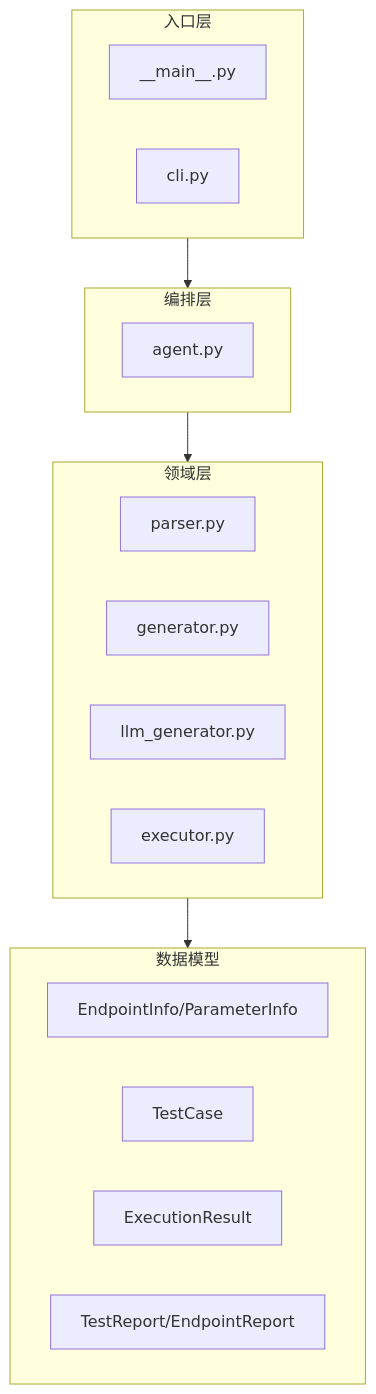
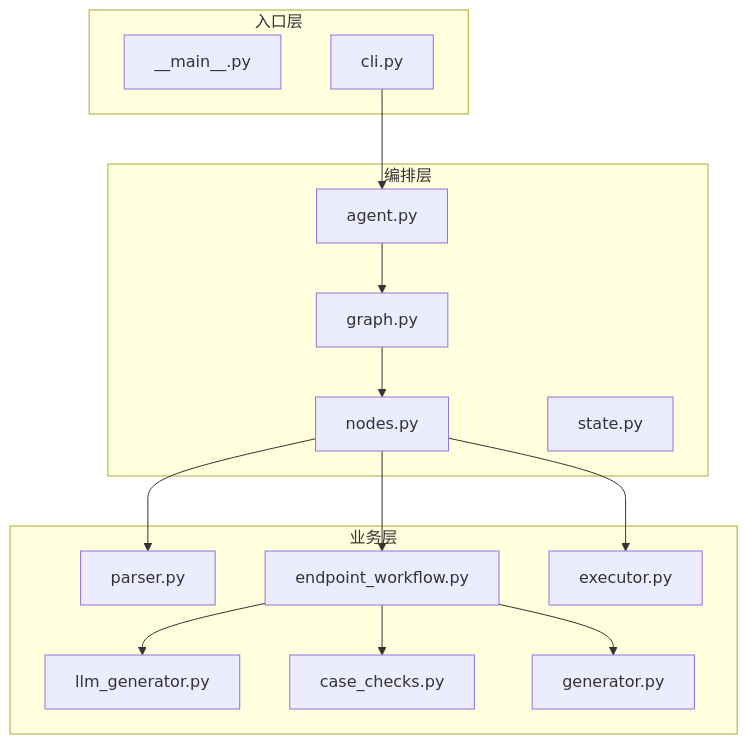
The first of 2 diagrams in docs/agent-review-and-design.md (yyz127/Apiauto-agent), drawn with Mermaid before and after one commit. The commit also changed other lines of this file and 15 other files, not shown here.

Commit message:
Add graph codex updates

````diff
--- a/docs/agent-review-and-design.md
+++ b/docs/agent-review-and-design.md
@@ -39,29 +34,33 @@
 ```mermaid
 flowchart TB
     subgraph Entry[入口层]
-      C1[__main__.py]
-      C2[cli.py]
+        MAIN[__main__.py]
+        CLI[cli.py]
     end
 
     subgraph Orchestration[编排层]
-      A1[agent.py]
+        AGENT[agent.py]
+        GRAPH[graph.py]
+        NODES[nodes.py]
+        STATE[state.py]
     end
 
-    subgraph Domain[领域层]
-      D1[parser.py]
-      D2[generator.py]
-      D3[llm_generator.py]
-      D4[executor.py]
+    subgraph Domain[业务层]
+        PARSER[parser.py]
+        LLM[llm_generator.py]
+        WORKFLOW[endpoint_workflow.py]
+        CHECKS[case_checks.py]
+        EXECUTOR[executor.py]
+        RULE[generator.py]
     end
 
-    subgraph Data[数据模型]
-      M1[EndpointInfo/ParameterInfo]
-      M2[TestCase]
-      M3[ExecutionResult]
-      M4[TestReport/EndpointReport]
-    end
-
-    Entry --> Orchestration
-    Orchestration --> Domain
-    Domain --> Data
+    CLI --> AGENT
+    AGENT --> GRAPH
+    GRAPH --> NODES
+    NODES --> PARSER
+    NODES --> WORKFLOW
+    WORKFLOW --> LLM
+    WORKFLOW --> CHECKS
+    NODES --> EXECUTOR
+    WORKFLOW --> RULE
 ```
````
